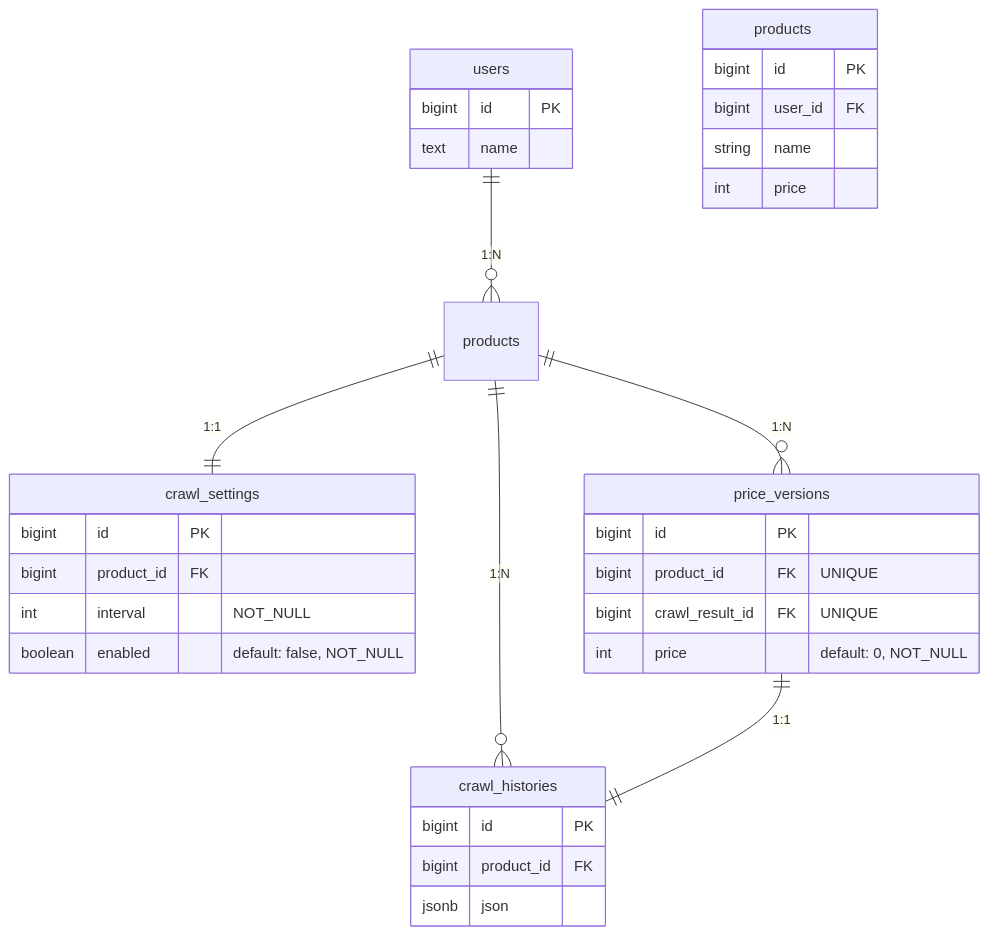
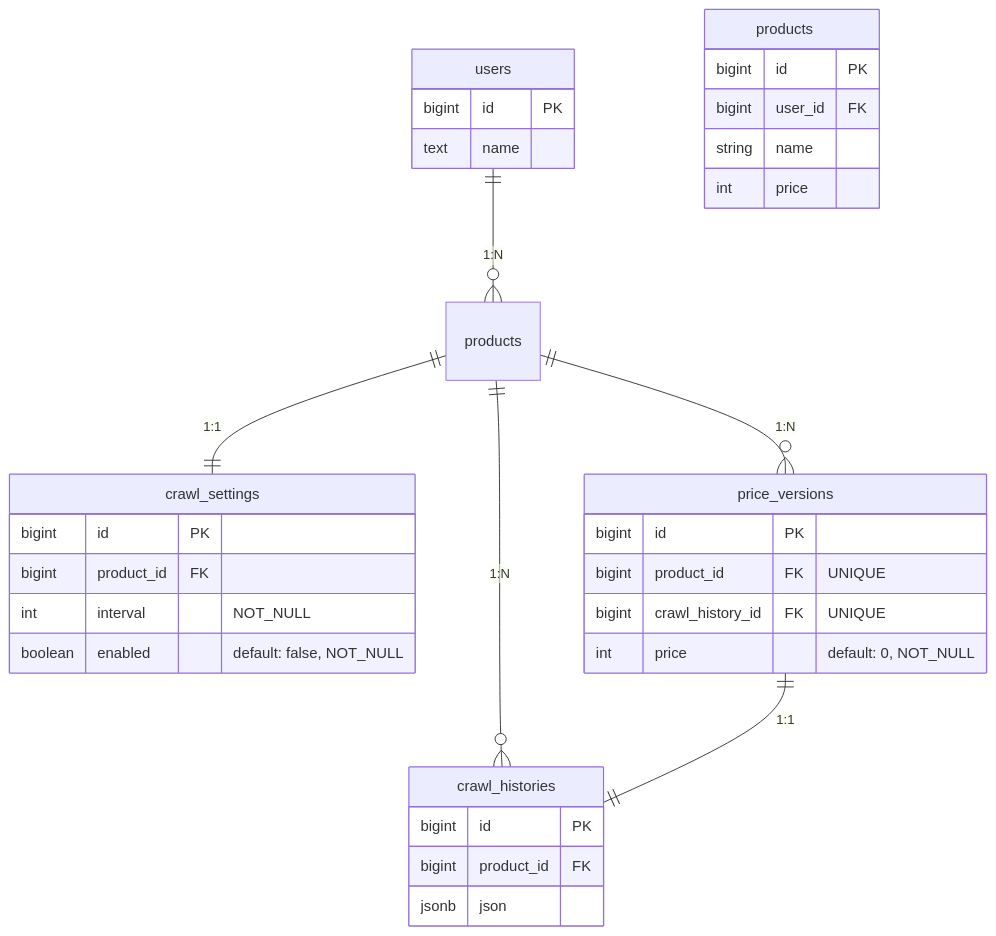
The second of 2 diagrams in README.md (kuroweb/price-monitoring), drawn with Mermaid before and after one commit.

Commit message:
docs: ERを修正する

````diff
--- a/README.md
+++ b/README.md
@@ -80,36 +80,36 @@
 ```mermaid
 erDiagram
   users {
     bigint id PK
     text name
   }
   products　{
     bigint id PK
     bigint user_id FK
     string name
     int price
   }
   crawl_settings {
     bigint id PK
     bigint product_id FK
     int interval "NOT_NULL"
     boolean enabled "default: false, NOT_NULL"
   }
   price_versions {
     bigint id PK
     bigint product_id FK "UNIQUE"
-    bigint crawl_result_id FK "UNIQUE"
+    bigint crawl_history_id FK "UNIQUE"
     int price "default: 0, NOT_NULL"
   }
   crawl_histories {
     bigint id PK
     bigint product_id FK
     jsonb json
   }
 
   users ||--o{ products : "1:N"
   products ||--|| crawl_settings : "1:1"
   products ||--o{ price_versions : "1:N"
   products ||--o{ crawl_histories : "1:N"
   price_versions ||--|| crawl_histories : "1:1"
 ```
````
